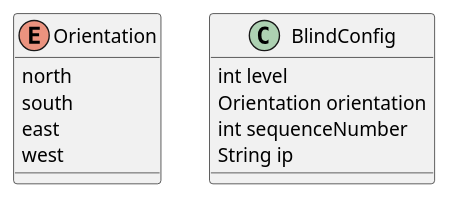
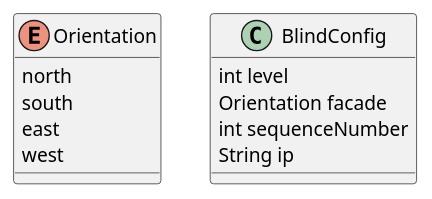
The diagram in documentation/diagrams/blind-configuration.puml (k-phi/M5Core2BlindsController), drawn with PlantUML before and after one commit. The commit also changed 3 other files, not shown here.

```diff
--- a/documentation/diagrams/blind-configuration.puml
+++ b/documentation/diagrams/blind-configuration.puml
@@ -1,17 +1,17 @@
 @startuml Blind Configuration
 
 enum Orientation {
     north
     south
     east
     west
 }
 
 class BlindConfig {
     int level
-    Orientation orientation
+    Orientation facade
     int sequenceNumber
     String ip
 }
 
 @enduml
```
